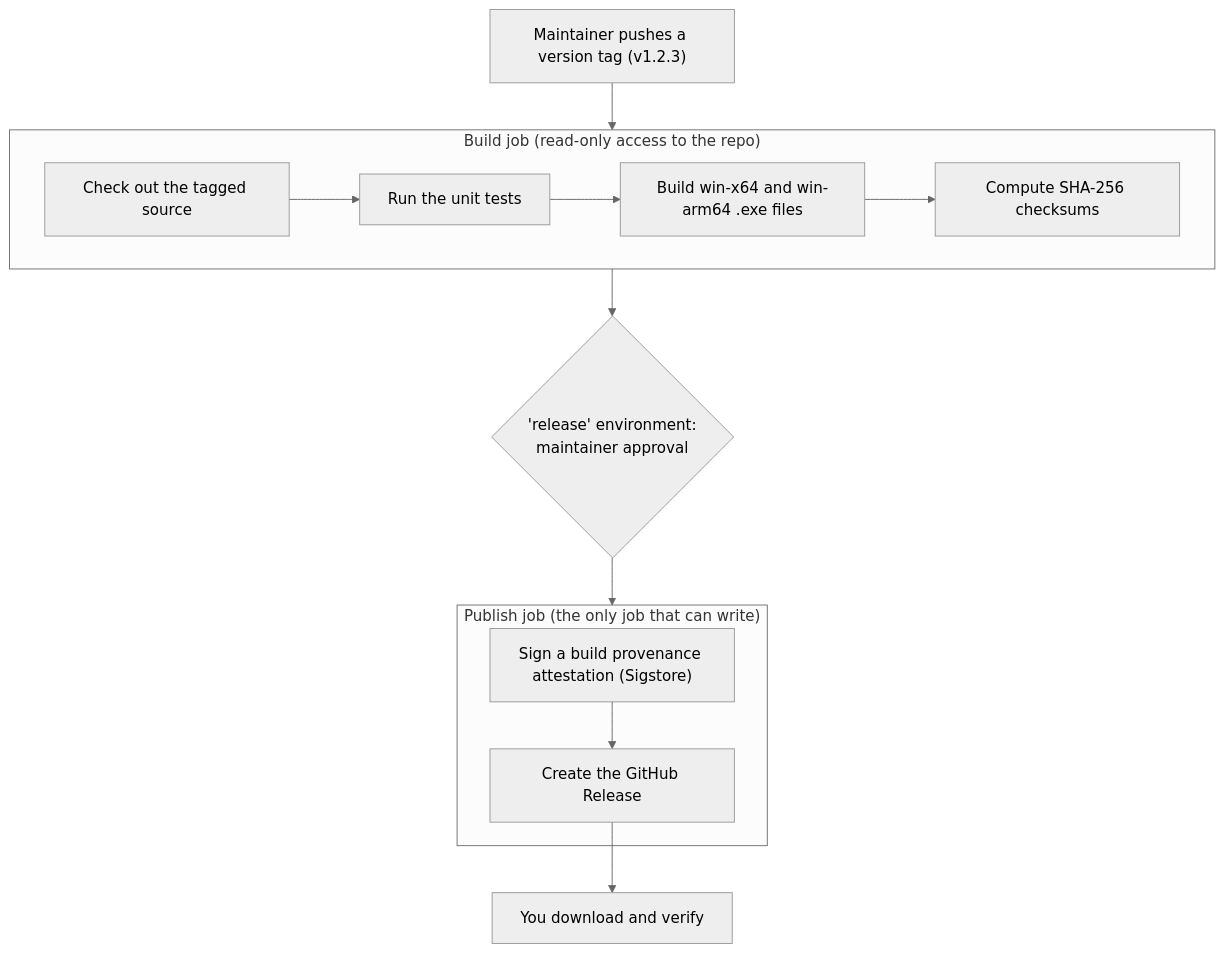
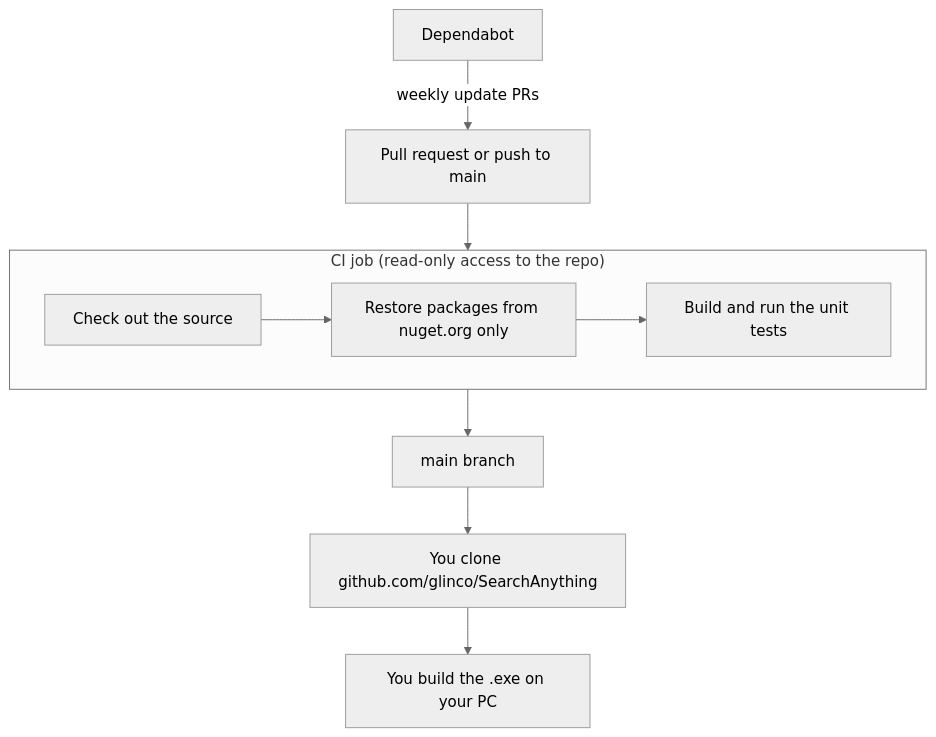
The second of 2 diagrams in SECURITY.md (glinco/SearchAnything), drawn with Mermaid (neutral theme) before and after one commit. The commit also changed other lines of this file and 2 other files, not shown here.

First line of the commit message:
Drop prebuilt downloads; users build from source

````diff
--- a/SECURITY.md
+++ b/SECURITY.md
@@ -50,15 +50,12 @@
 ```mermaid
 flowchart TD
-    Tag["Maintainer pushes a version tag (v1.2.3)"] --> Build
-    subgraph Build["Build job (read-only access to the repo)"]
-        Checkout["Check out the tagged source"] --> Test["Run the unit tests"]
-        Test --> Publish["Build win-x64 and win-arm64 .exe files"]
-        Publish --> Sums["Compute SHA-256 checksums"]
+    Change["Pull request or push to main"] --> CI
+    subgraph CI["CI job (read-only access to the repo)"]
+        Checkout["Check out the source"] --> Restore["Restore packages from nuget.org only"]
+        Restore --> Test["Build and run the unit tests"]
     end
-    Build --> Gate{"'release' environment:<br/>maintainer approval"}
-    Gate --> Release
-    subgraph Release["Publish job (the only job that can write)"]
-        Attest["Sign a build provenance attestation (Sigstore)"] --> GH["Create the GitHub Release"]
-    end
-    GH --> You["You download and verify"]
+    Bot["Dependabot"] -->|"weekly update PRs"| Change
+    CI --> Main["main branch"]
+    Main --> Clone["You clone github.com/glinco/SearchAnything"]
+    Clone --> Build["You build the .exe on your PC"]
 ```
````
